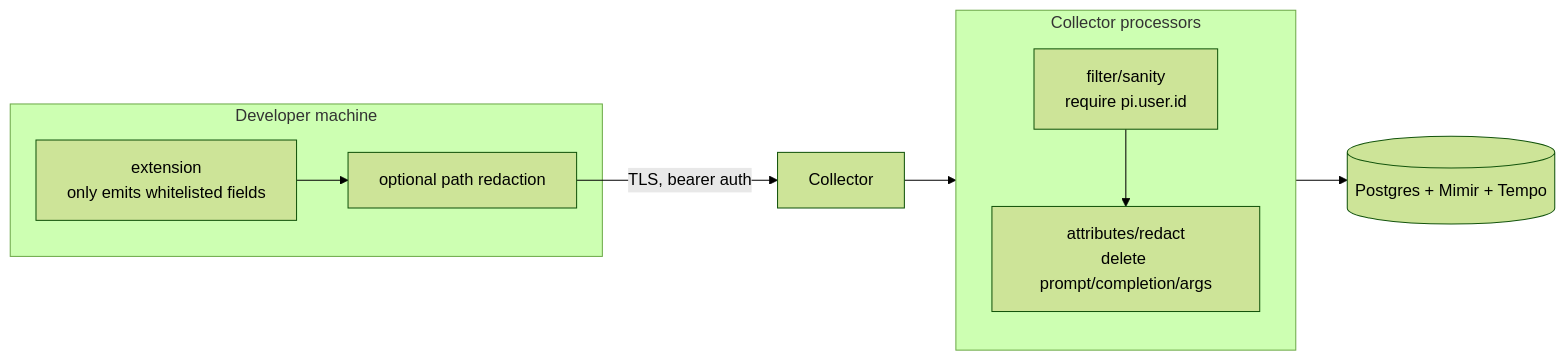
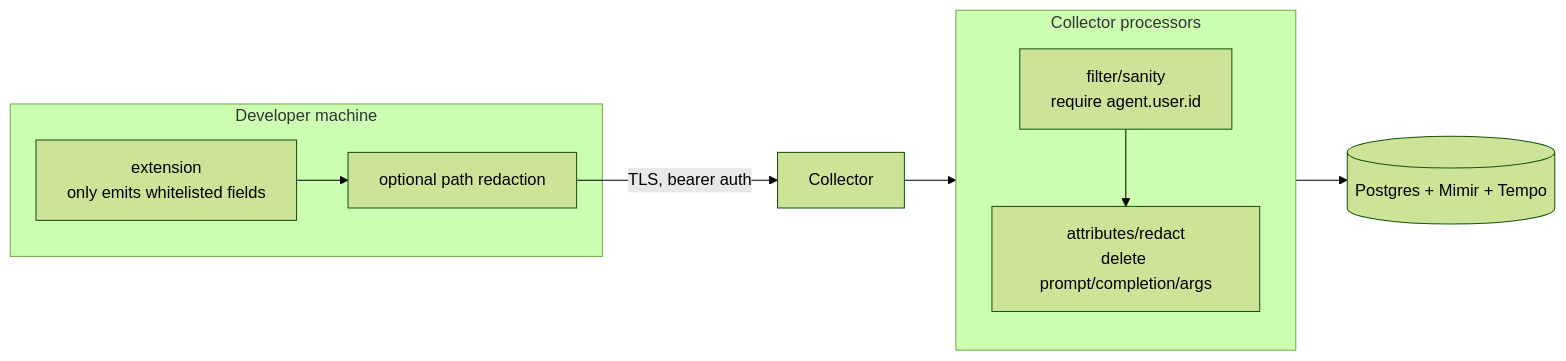
Before and after one commit to vilosource/pi-extensions: diagram 12 of 13 in docs/design/pi-usage-reporter-DESIGN.md, drawn with Mermaid (forest theme). The commit also changed other lines of this file and 6 other files, not shown here.

````diff
--- a/docs/design/pi-usage-reporter-DESIGN.md
+++ b/docs/design/pi-usage-reporter-DESIGN.md
@@ -1075,20 +1077,20 @@
 ```mermaid
 flowchart LR
   subgraph dev["Developer machine"]
     ext["extension<br/>only emits whitelisted fields"]
     redact["optional path redaction"]
     ext --> redact
   end
 
   redact -->|TLS, bearer auth| col["Collector"]
 
   subgraph col_proc["Collector processors"]
-    fil["filter/sanity<br/>require pi.user.id"]
+    fil["filter/sanity<br/>require agent.user.id"]
     redact2["attributes/redact<br/>delete prompt/completion/args"]
     fil --> redact2
   end
 
   col --> col_proc
 
   col_proc --> store[("Postgres + Mimir + Tempo")]
 ```
````
